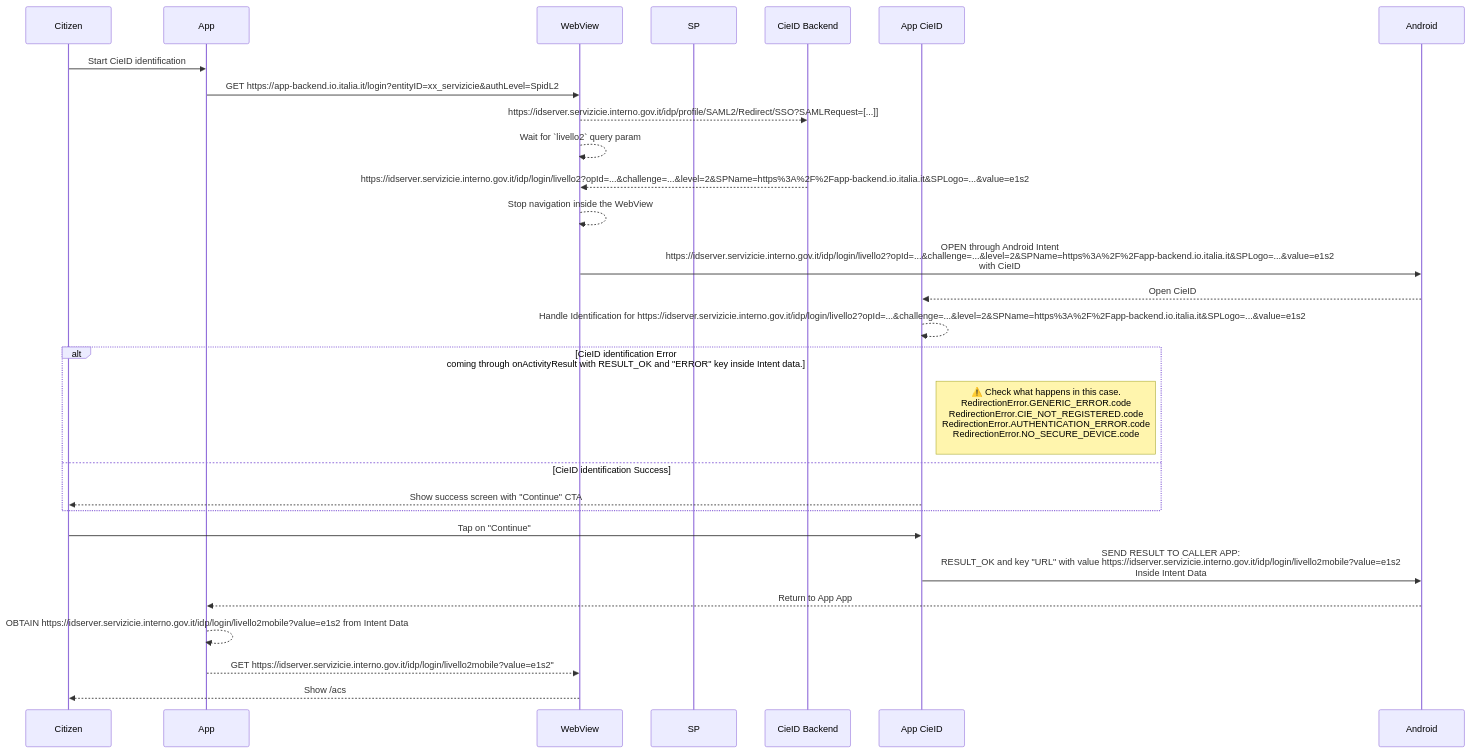
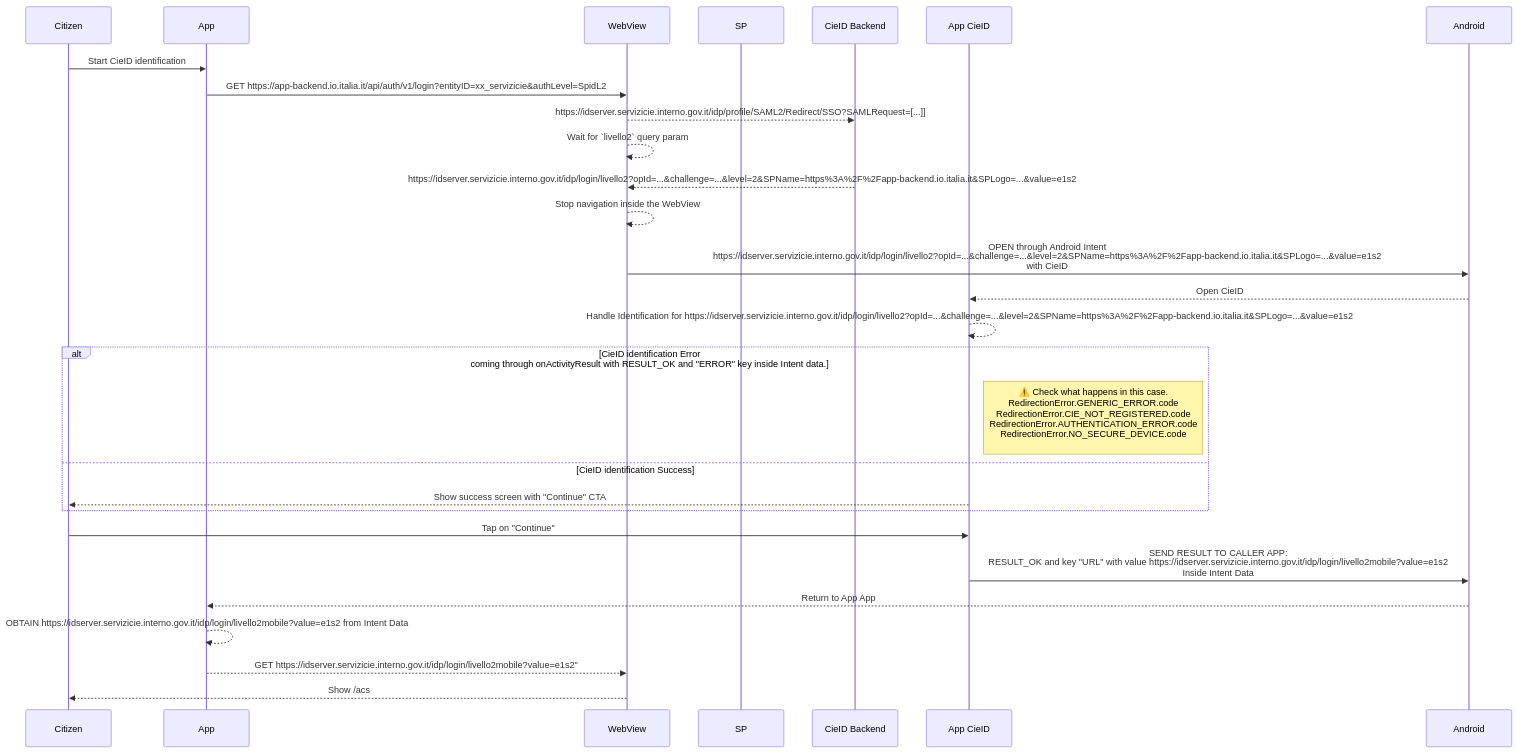
The first of 2 diagrams in example/README.md (pagopa/io-react-native-cieid), drawn with Mermaid before and after one commit. The commit also changed other lines of this file and 7 other files, not shown here.

````diff
--- a/example/README.md
+++ b/example/README.md
@@ -53,33 +53,33 @@
 ```mermaid
 sequenceDiagram
     participant C as Citizen
     participant App
     participant WV as WebView
     participant IOBE as SP
     participant CIEIDBE as CieID Backend
     participant CieID as App CieID
     participant OS as Android
 
     C->>App: Start CieID identification
 
-    App->>WV: GET https://app-backend.io.italia.it/login?entityID=xx_servizicie&authLevel=SpidL2
+    App->>WV: GET https://app-backend.io.italia.it/api/auth/v1/login?entityID=xx_servizicie&authLevel=SpidL2
     WV-->>CIEIDBE: https://idserver.servizicie.interno.gov.it/idp/profile/SAML2/Redirect/SSO?SAMLRequest=[...]]
     WV-->>WV: Wait for `livello2` query param
     CIEIDBE-->>WV: https://idserver.servizicie.interno.gov.it/idp/login/livello2?opId=...&challenge=...&level=2&SPName=https%3A%2F%2Fapp-backend.io.italia.it&SPLogo=...&value=e1s2
     WV-->>WV: Stop navigation inside the WebView
     WV->>OS: OPEN through Android Intent <BR /> https://idserver.servizicie.interno.gov.it/idp/login/livello2?opId=...&challenge=...&level=2&SPName=https%3A%2F%2Fapp-backend.io.italia.it&SPLogo=...&value=e1s2 <BR /> with CieID
 
     OS-->>CieID: Open CieID
     CieID-->>CieID: Handle Identification for https://idserver.servizicie.interno.gov.it/idp/login/livello2?opId=...&challenge=...&level=2&SPName=https%3A%2F%2Fapp-backend.io.italia.it&SPLogo=...&value=e1s2
     alt CieID identification Error <BR /> coming through onActivityResult with RESULT_OK and "ERROR" key inside Intent data.
         Note right of CieID: ⚠️ Check what happens in this case. <BR /> RedirectionError.GENERIC_ERROR.code <BR /> RedirectionError.CIE_NOT_REGISTERED.code <BR /> RedirectionError.AUTHENTICATION_ERROR.code <BR /> RedirectionError.NO_SECURE_DEVICE.code <BR />
     else CieID identification Success
         CieID-->>C: Show success screen with "Continue" CTA
     end
     C->>CieID: Tap on "Continue"
     CieID->>OS: SEND RESULT TO CALLER APP: <BR /> RESULT_OK and key "URL" with value https://idserver.servizicie.interno.gov.it/idp/login/livello2mobile?value=e1s2 <BR /> Inside Intent Data
     OS-->>App: Return to App App
     App-->>App: OBTAIN https://idserver.servizicie.interno.gov.it/idp/login/livello2mobile?value=e1s2 from Intent Data
     App-->>WV: GET https://idserver.servizicie.interno.gov.it/idp/login/livello2mobile?value=e1s2"
     WV-->>C: Show /acs
 ```
````
